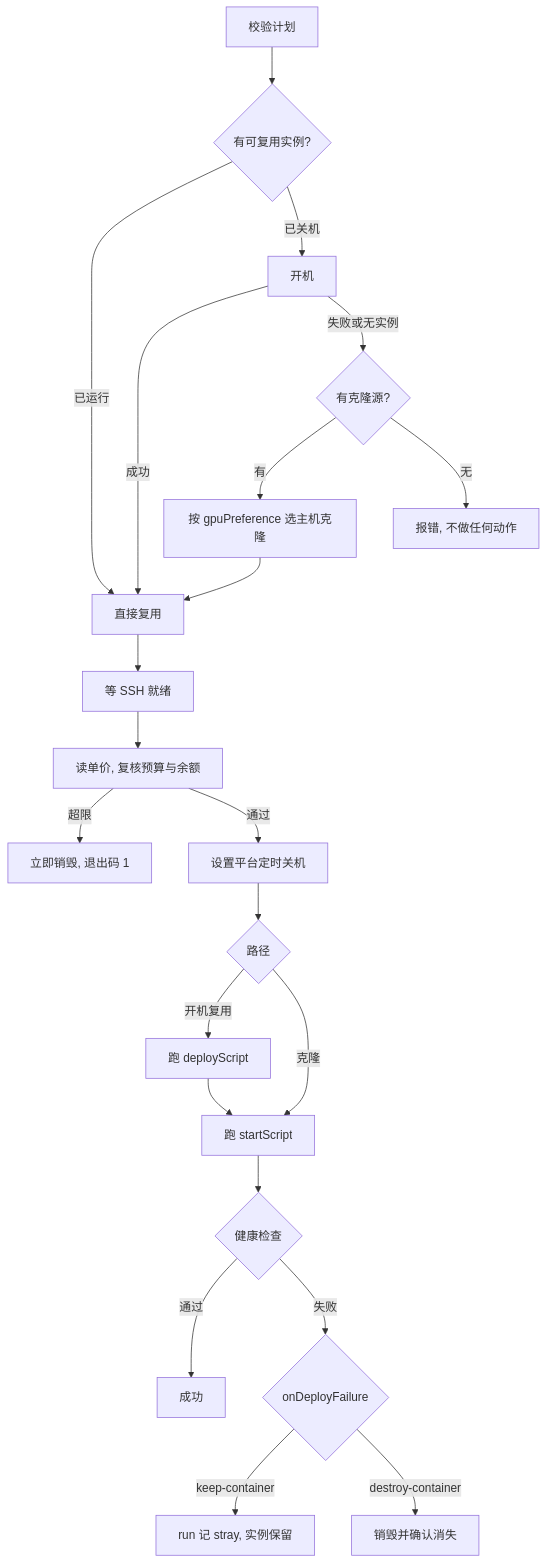
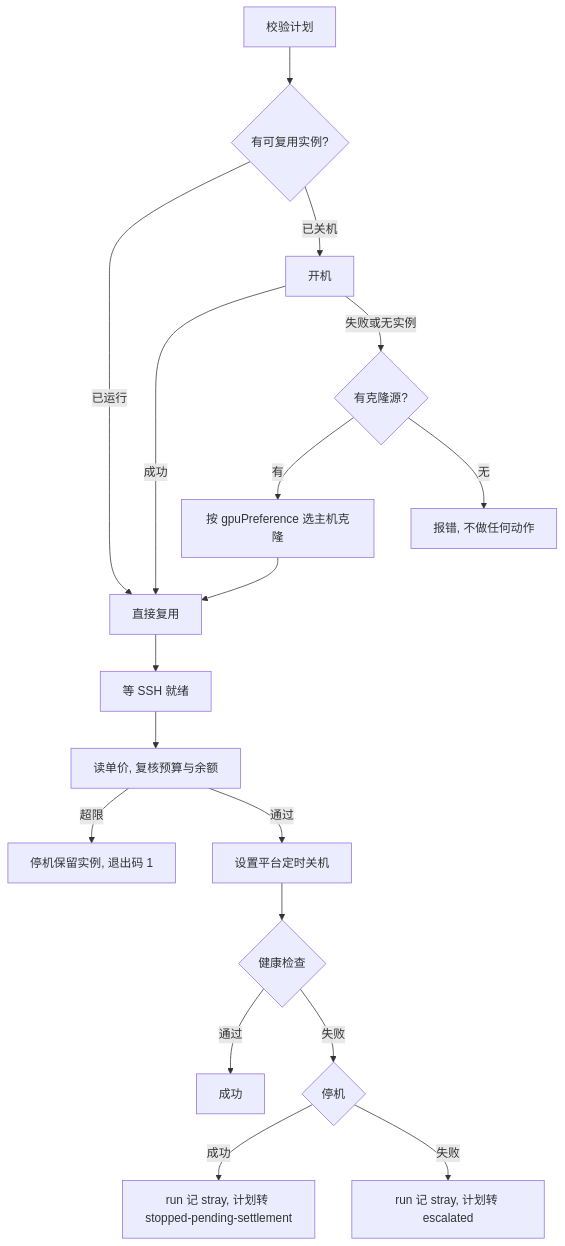
Before and after one commit to ZQH123196/deploydeck: the diagram in docs/OPERATIONS.md, drawn with Mermaid. The commit also changed other lines of this file and 56 other files, not shown here.

````diff
--- a/docs/OPERATIONS.md
+++ b/docs/OPERATIONS.md
@@ -300,24 +328,20 @@
 ```mermaid
 flowchart TB
   A[校验计划] --> B{有可复用实例?}
   B -- 已运行 --> R[直接复用]
   B -- 已关机 --> C[开机]
   C -- 成功 --> R
   C -- 失败或无实例 --> D{有克隆源?}
   D -- 有 --> E[按 gpuPreference 选主机克隆]
   D -- 无 --> Z1[报错, 不做任何动作]
   E --> R
   R --> F[等 SSH 就绪]
   F --> G[读单价, 复核预算与余额]
-  G -- 超限 --> Z2[立即销毁, 退出码 1]
+  G -- 超限 --> Z2[停机保留实例, 退出码 1]
   G -- 通过 --> H[设置平台定时关机]
-  H --> I{路径}
-  I -- 开机复用 --> J[跑 deployScript]
-  J --> K[跑 startScript]
-  I -- 克隆 --> K
-  K --> L{健康检查}
+  H --> L{健康检查}
   L -- 通过 --> OK[成功]
-  L -- 失败 --> M{onDeployFailure}
-  M -- keep-container --> N[run 记 stray, 实例保留]
-  M -- destroy-container --> O[销毁并确认消失]
+  L -- 失败 --> M{停机}
+  M -- 成功 --> N[run 记 stray, 计划转 stopped-pending-settlement]
+  M -- 失败 --> O[run 记 stray, 计划转 escalated]
 ```
````
